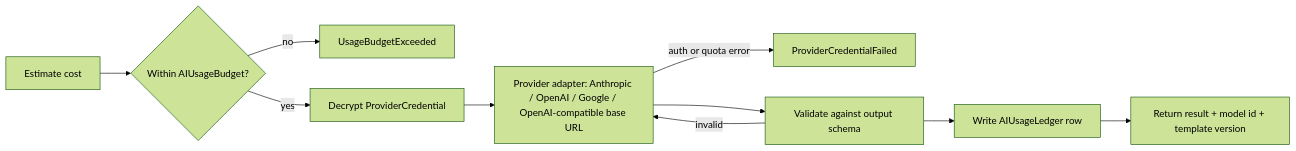
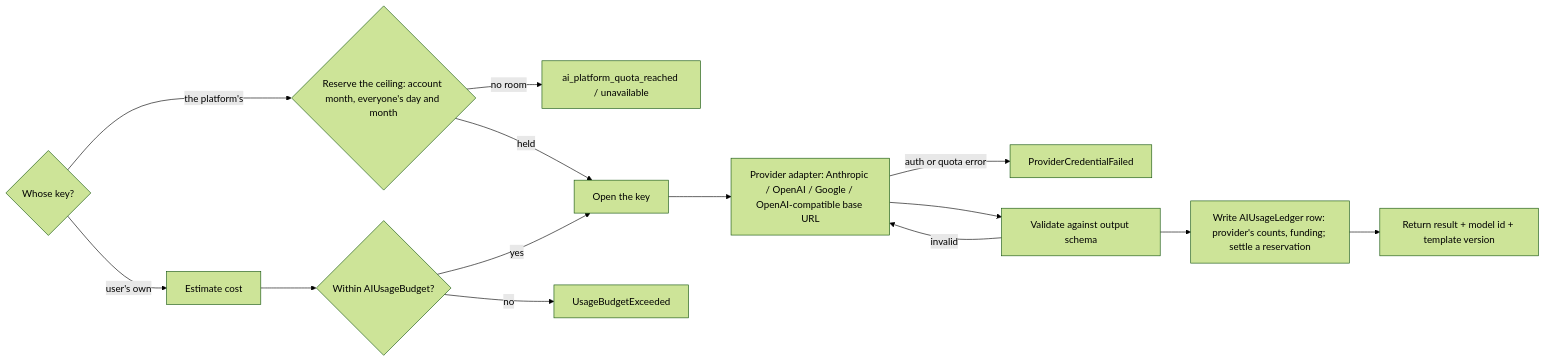
Before and after one commit to ycc789741ycc/career-polaris: the fifth of 5 diagrams in docs/architecture.md, drawn with Mermaid (forest theme). The commit also changed other lines of this file and 9 other files, not shown here.

First line of the commit message:
feat(no-ticket): report what AI has cost, and warn as the platform's ceilings near

````diff
--- a/docs/architecture.md
+++ b/docs/architecture.md
@@ -353,12 +353,16 @@
 ```mermaid
 flowchart LR
-  A[Estimate cost] --> B{Within AIUsageBudget?}
+  K{Whose key?} -- user's own --> A[Estimate cost]
+  K -- the platform's --> R{"Reserve the ceiling: account month, everyone's day and month"}
+  R -- no room --> Z[ai_platform_quota_reached / unavailable]
+  R -- held --> C
+  A --> B{Within AIUsageBudget?}
   B -- no --> X[UsageBudgetExceeded]
-  B -- yes --> C[Decrypt ProviderCredential]
+  B -- yes --> C[Open the key]
   C --> D["Provider adapter: Anthropic / OpenAI / Google / OpenAI-compatible base URL"]
   D -- auth or quota error --> Y[ProviderCredentialFailed]
   D --> E[Validate against output schema]
   E -- invalid --> D
-  E --> F[Write AIUsageLedger row]
+  E --> F["Write AIUsageLedger row: provider's counts, funding; settle a reservation"]
   F --> G[Return result + model id + template version]
 ```
````
